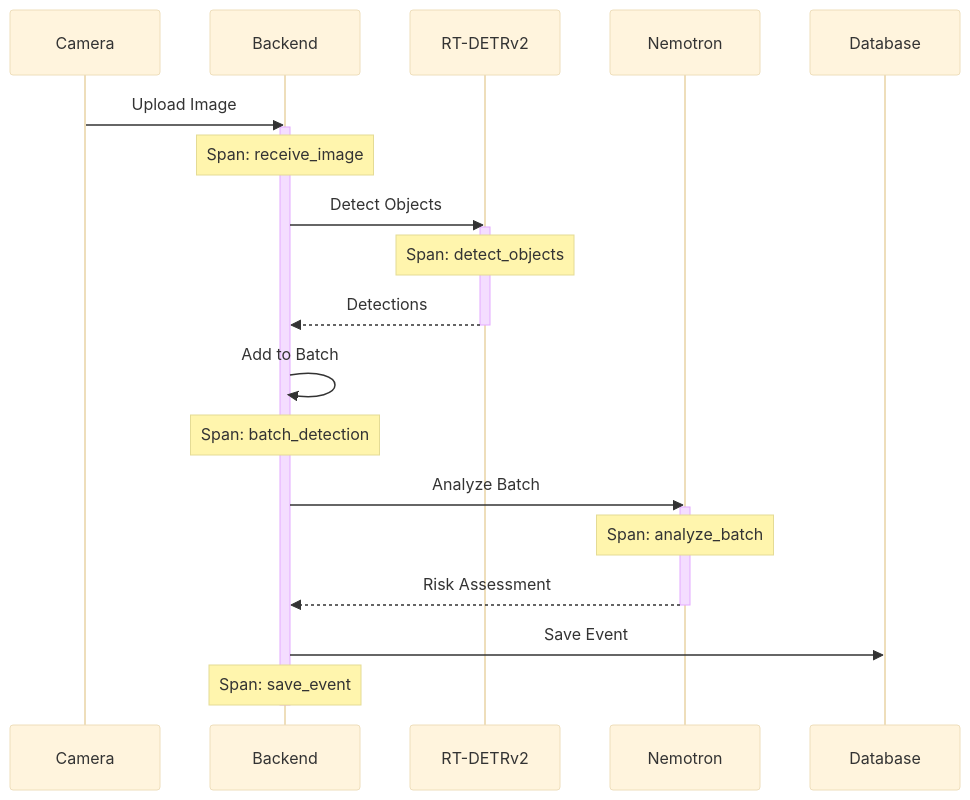
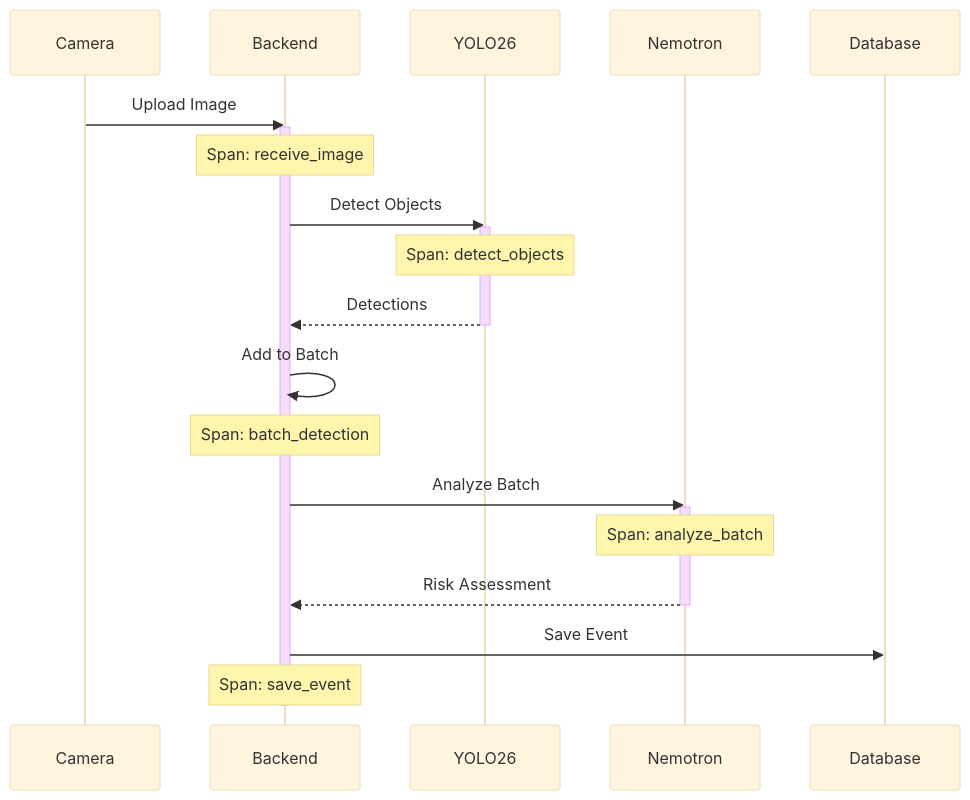
One commit to mikesvoboda/nemotron-v3-home-security-intelligence changed the first of 2 diagrams in docs/ui/tracing.md. Above: the diagram before and after it, drawn with Mermaid (base theme). The commit also changed other lines of this file and 474 other files, not shown here.

````diff
--- a/docs/ui/tracing.md
+++ b/docs/ui/tracing.md
@@ -130,31 +130,31 @@
 ```mermaid
 sequenceDiagram
     participant C as Camera
     participant B as Backend
-    participant R as RT-DETRv2
+    participant R as YOLO26
     participant N as Nemotron
     participant DB as Database
 
     C->>B: Upload Image
     activate B
     Note over B: Span: receive_image
 
     B->>R: Detect Objects
     activate R
     Note over R: Span: detect_objects
     R-->>B: Detections
     deactivate R
 
     B->>B: Add to Batch
     Note over B: Span: batch_detection
 
     B->>N: Analyze Batch
     activate N
     Note over N: Span: analyze_batch
     N-->>B: Risk Assessment
     deactivate N
 
     B->>DB: Save Event
     Note over B: Span: save_event
     deactivate B
 ```
````
